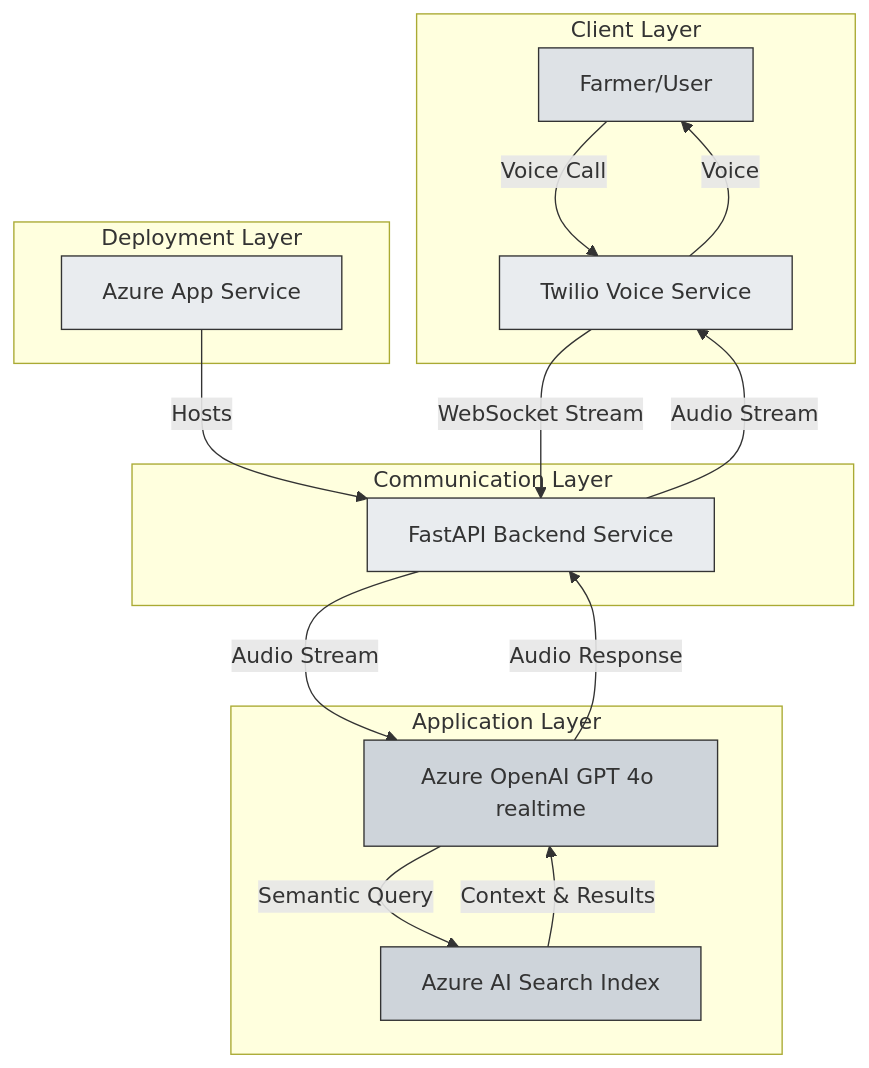
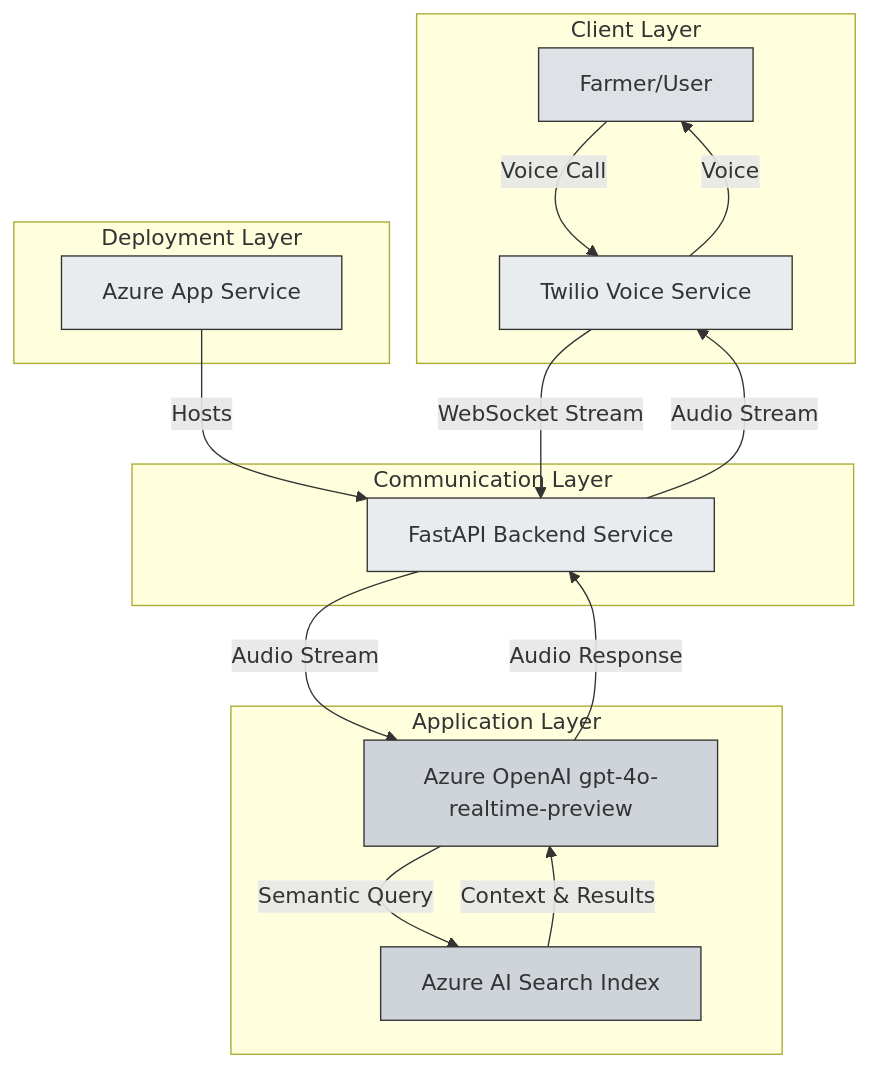
Before and after one commit to bhushang19/agri-voice-rag: the first of 2 diagrams in readme.md, drawn with Mermaid. The commit also changed other lines of this file, not shown here.

Commit message:
Update README.md to reflect the correct naming of Azure OpenAI GPT service as gpt-4o-realtime-preview for consistency and accuracy.

````diff
--- a/readme.md
+++ b/readme.md
@@ -96,33 +96,33 @@
 ```mermaid
 graph TB
     subgraph Client Layer
         A[Farmer/User] -->|Voice Call| B[Twilio Voice Service]
     end
 
     subgraph Communication Layer
         B -->|WebSocket Stream| C[FastAPI Backend Service]
     end
 
     subgraph Application Layer
-        C -->|Audio Stream| D[Azure OpenAI GPT 4o realtime]
+        C -->|Audio Stream| D[Azure OpenAI gpt-4o-realtime-preview]
         D -->|Semantic Query| E[Azure AI Search Index]
         E -->|Context & Results| D
         D -->|Audio Response| C
     end
 
     subgraph Deployment Layer
         I[Azure App Service] -->|Hosts| C
     end
 
     C -->|Audio Stream| B
     B -->|Voice| A
 
     classDef default fill:#f8f9fa,stroke:#333,stroke-width:1px,color:#333
     classDef service fill:#e9ecef,stroke:#333,stroke-width:1px,color:#333
     classDef user fill:#dee2e6,stroke:#333,stroke-width:1px,color:#333
     classDef search fill:#ced4da,stroke:#333,stroke-width:1px,color:#333
 
     class A user
     class B,C,I service
     class D,E search
 ```
````
